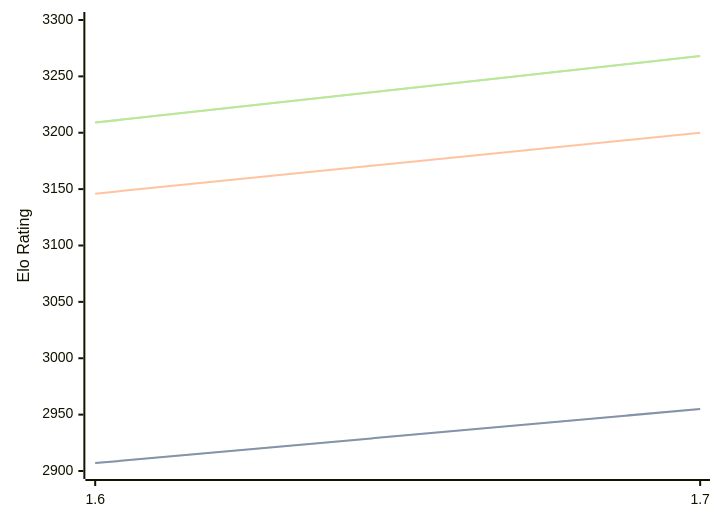
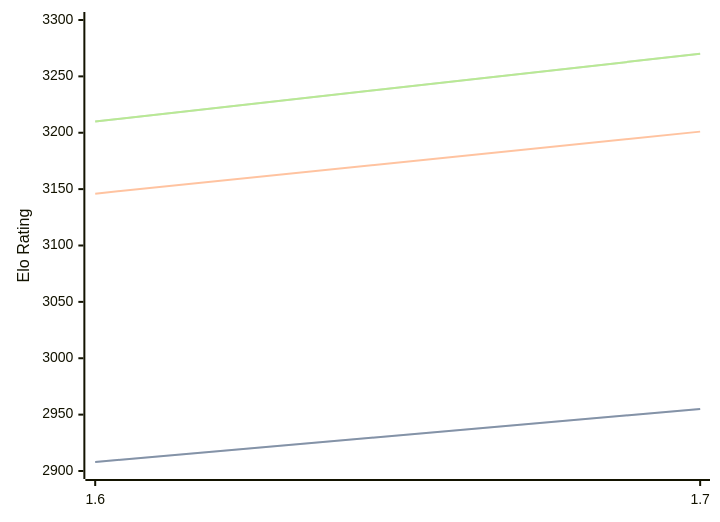
One commit to computer-chess-index/cci changed the diagram in engines/Bitbit.md. Above: the diagram before and after it, drawn with Mermaid. The commit also changed other lines of this file, not shown here.

Commit message:
Update CCI Ratings (ELO VLTC) - 2026-09-14

````diff
--- a/engines/Bitbit.md
+++ b/engines/Bitbit.md
@@ -32,11 +32,11 @@
 ```mermaid
 %%{init: {"theme":"base","themeVariables":{"seriesColors:['#a3a3a3','#222221','#faa371']}}}%%
 xychart-beta
   x-axis ["1.6", "1.7"]
   y-axis "Elo Rating" 2900 --> 3300
-  line "" [2907, 2955]
-  line "STC (8.0+0.08s)" [2907, 2955]
-  line "LTC (60.0+0.60s)" [3146, 3200]
-  line "" [3209, 3268]
-  line "VLTC (2m24s+1.12s)" [3209, 3268]
+  line "" [2908, 2955]
+  line "STC (8.0+0.08s)" [2908, 2955]
+  line "LTC (60.0+0.60s)" [3146, 3201]
+  line "" [3210, 3270]
+  line "VLTC (2m24s+1.12s)" [3210, 3270]
 ```
````
